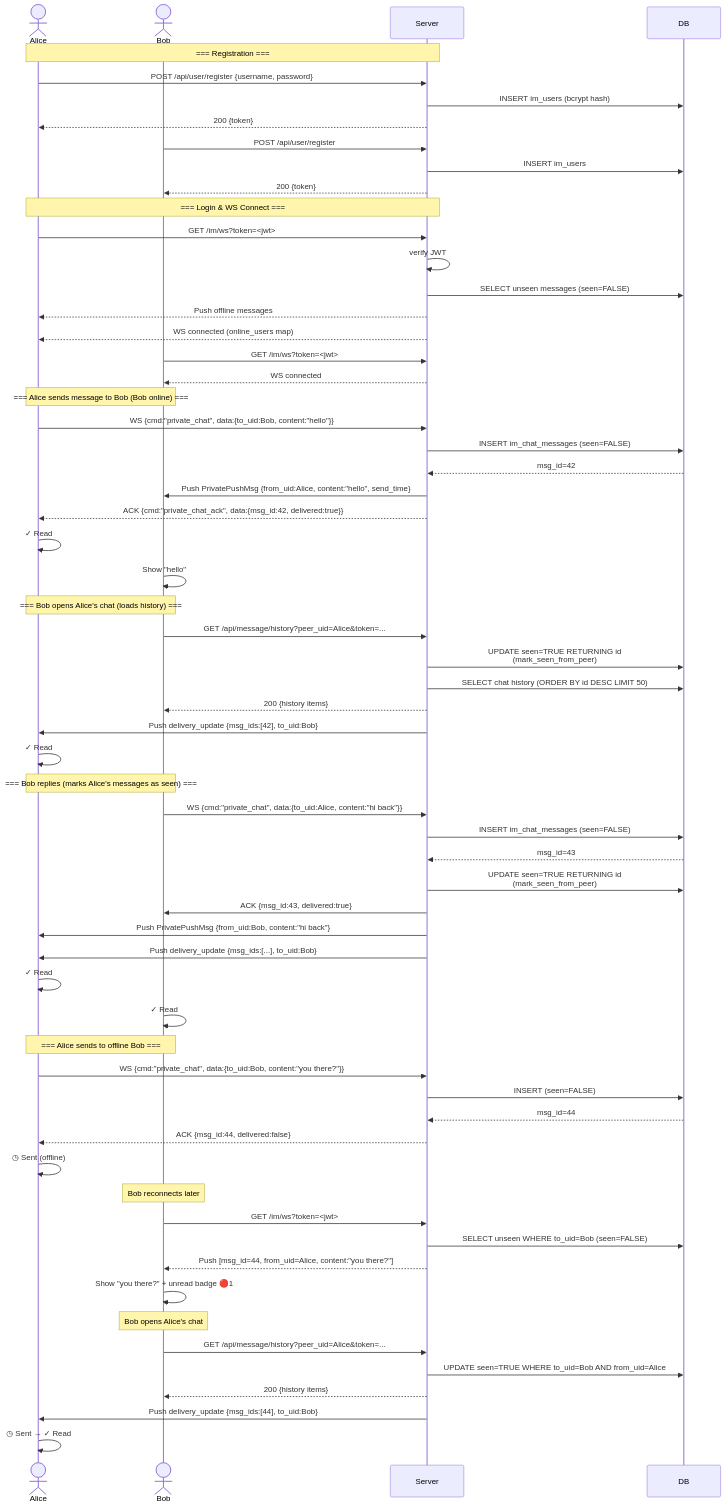
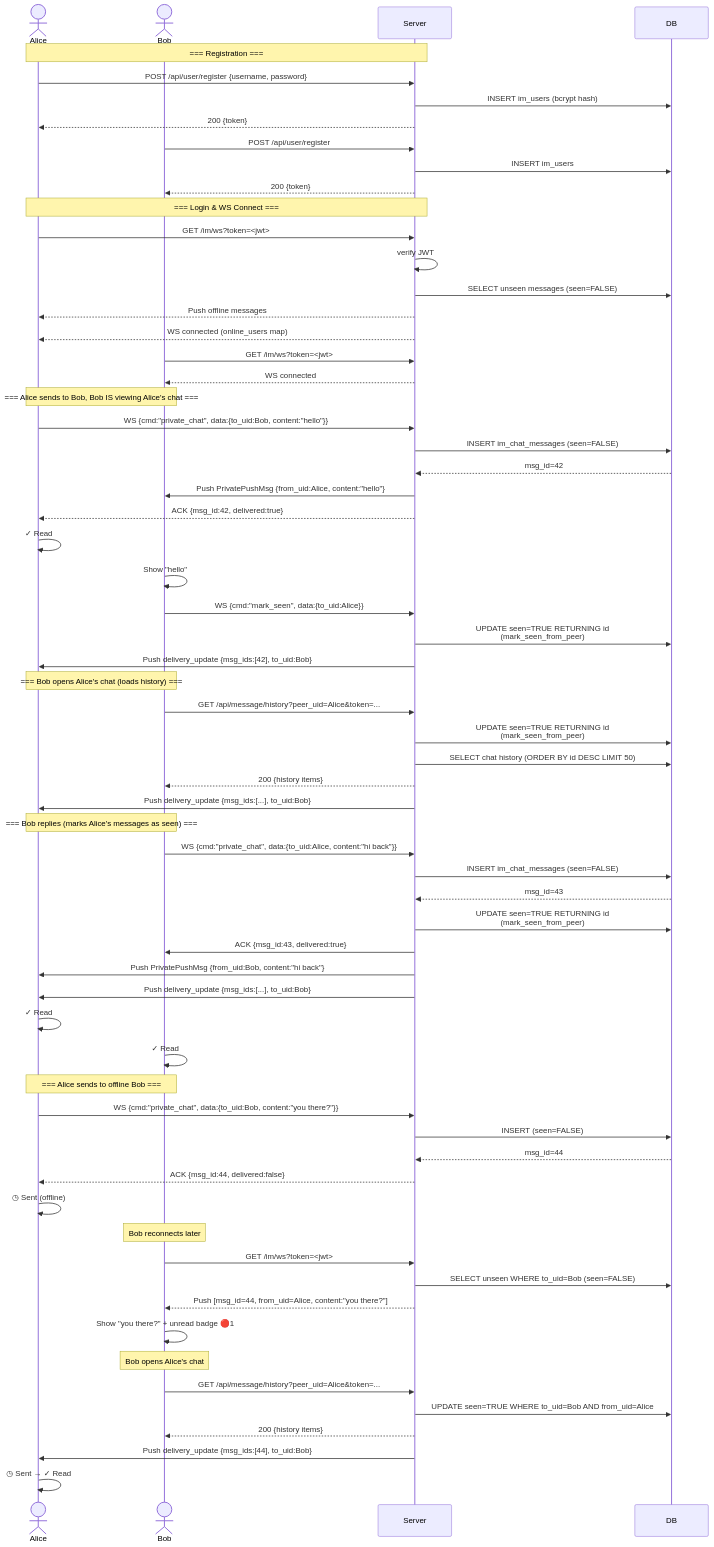
Before and after one commit to csmyx/myx-im: the third of 10 diagrams in doc/schema.md, drawn with Mermaid. The commit also changed other lines of this file and 2 other files, not shown here.

First line of the commit message:
docs: add API reference, update schema v2 and bugfix for mark_seen

````diff
--- a/doc/schema.md
+++ b/doc/schema.md
@@ -143,74 +142,76 @@
 ```mermaid
 sequenceDiagram
     actor Alice
     actor Bob
     participant Server
     participant DB
 
     Note over Alice, Server: === Registration ===
     Alice->>Server: POST /api/user/register {username, password}
     Server->>DB: INSERT im_users (bcrypt hash)
     Server-->>Alice: 200 {token}
 
     Bob->>Server: POST /api/user/register
     Server->>DB: INSERT im_users
     Server-->>Bob: 200 {token}
 
     Note over Alice, Server: === Login & WS Connect ===
     Alice->>Server: GET /im/ws?token=<jwt>
     Server->>Server: verify JWT
     Server->>DB: SELECT unseen messages (seen=FALSE)
     Server-->>Alice: Push offline messages
     Server-->>Alice: WS connected (online_users map)
 
     Bob->>Server: GET /im/ws?token=<jwt>
     Server-->>Bob: WS connected
 
-    Note over Alice, Bob: === Alice sends message to Bob (Bob online) ===
+    Note over Alice, Bob: === Alice sends to Bob, Bob IS viewing Alice's chat ===
     Alice->>Server: WS {cmd:"private_chat", data:{to_uid:Bob, content:"hello"}}
     Server->>DB: INSERT im_chat_messages (seen=FALSE)
     DB-->>Server: msg_id=42
-    Server->>Bob: Push PrivatePushMsg {from_uid:Alice, content:"hello", send_time}
-    Server-->>Alice: ACK {cmd:"private_chat_ack", data:{msg_id:42, delivered:true}}
+    Server->>Bob: Push PrivatePushMsg {from_uid:Alice, content:"hello"}
+    Server-->>Alice: ACK {msg_id:42, delivered:true}
     Alice->>Alice: ✓ Read
     Bob->>Bob: Show "hello"
+    Bob->>Server: WS {cmd:"mark_seen", data:{to_uid:Alice}}
+    Server->>DB: UPDATE seen=TRUE RETURNING id<br/>(mark_seen_from_peer)
+    Server->>Alice: Push delivery_update {msg_ids:[42], to_uid:Bob}
 
     Note over Alice, Bob: === Bob opens Alice's chat (loads history) ===
     Bob->>Server: GET /api/message/history?peer_uid=Alice&token=...
     Server->>DB: UPDATE seen=TRUE RETURNING id<br/>(mark_seen_from_peer)
     Server->>DB: SELECT chat history (ORDER BY id DESC LIMIT 50)
     Server-->>Bob: 200 {history items}
-    Server->>Alice: Push delivery_update {msg_ids:[42], to_uid:Bob}
-    Alice->>Alice: ✓ Read
+    Server->>Alice: Push delivery_update {msg_ids:[...], to_uid:Bob}
 
     Note over Alice, Bob: === Bob replies (marks Alice's messages as seen) ===
     Bob->>Server: WS {cmd:"private_chat", data:{to_uid:Alice, content:"hi back"}}
     Server->>DB: INSERT im_chat_messages (seen=FALSE)
     DB-->>Server: msg_id=43
     Server->>DB: UPDATE seen=TRUE RETURNING id<br/>(mark_seen_from_peer)
     Server->>Bob: ACK {msg_id:43, delivered:true}
     Server->>Alice: Push PrivatePushMsg {from_uid:Bob, content:"hi back"}
     Server->>Alice: Push delivery_update {msg_ids:[...], to_uid:Bob}
     Alice->>Alice: ✓ Read
     Bob->>Bob: ✓ Read
 
     Note over Alice, Bob: === Alice sends to offline Bob ===
     Alice->>Server: WS {cmd:"private_chat", data:{to_uid:Bob, content:"you there?"}}
     Server->>DB: INSERT (seen=FALSE)
     DB-->>Server: msg_id=44
     Server-->>Alice: ACK {msg_id:44, delivered:false}
     Alice->>Alice: ◷ Sent (offline)
 
     Note over Bob: Bob reconnects later
     Bob->>Server: GET /im/ws?token=<jwt>
     Server->>DB: SELECT unseen WHERE to_uid=Bob (seen=FALSE)
     Server-->>Bob: Push [msg_id=44, from_uid=Alice, content:"you there?"]
     Bob->>Bob: Show "you there?" + unread badge 🔴1
 
     Note over Bob: Bob opens Alice's chat
     Bob->>Server: GET /api/message/history?peer_uid=Alice&token=...
     Server->>DB: UPDATE seen=TRUE WHERE to_uid=Bob AND from_uid=Alice
     Server-->>Bob: 200 {history items}
     Server->>Alice: Push delivery_update {msg_ids:[44], to_uid:Bob}
     Alice->>Alice: ◷ Sent → ✓ Read
 ```
````
